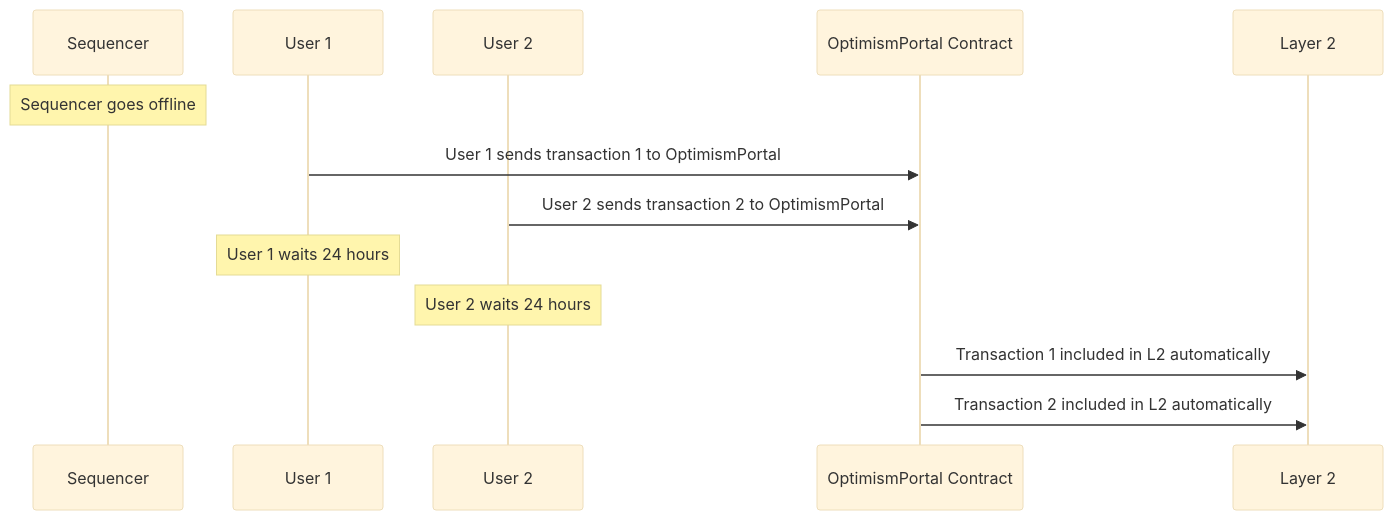
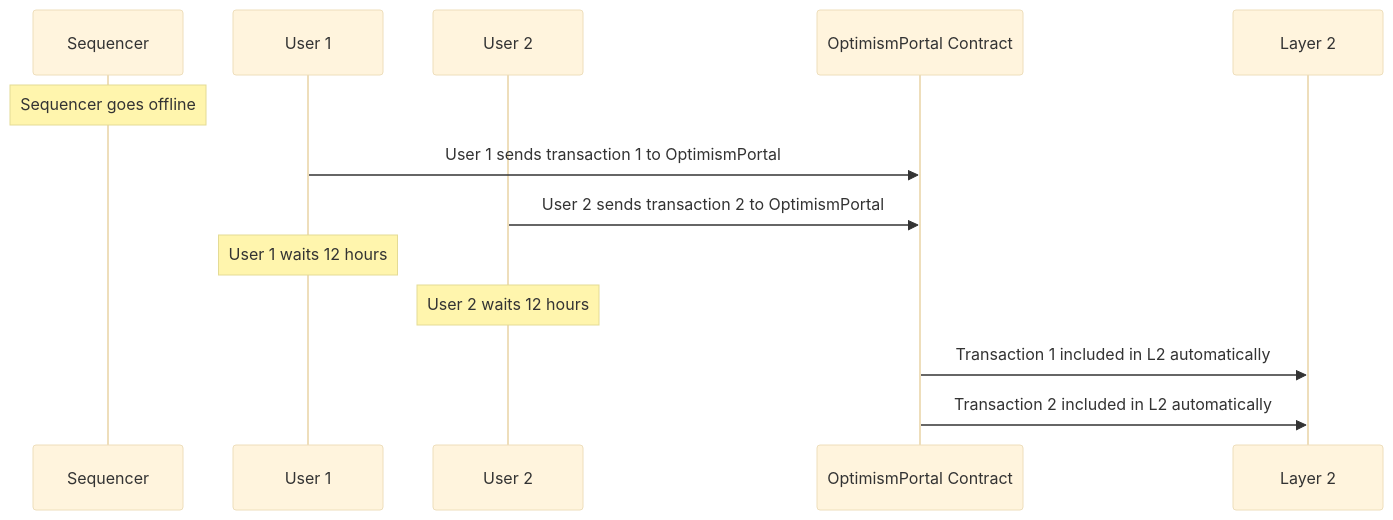
The first of 3 diagrams in pages/stack/rollup/outages.mdx (ethereum-optimism/docs), drawn with Mermaid (base theme) before and after one commit. The commit also changed other lines of this file, not shown here.

Commit message:
Update sequencer window time

````diff
--- a/pages/stack/rollup/outages.mdx
+++ b/pages/stack/rollup/outages.mdx
@@ -120,16 +120,16 @@
 ```mermaid
 sequenceDiagram
     participant S as Sequencer
     participant U1 as User 1
     participant U2 as User 2
     participant OP as OptimismPortal Contract
     participant L2 as Layer 2
 
     Note over S: Sequencer goes offline
     U1->>OP: User 1 sends transaction 1 to OptimismPortal
     U2->>OP: User 2 sends transaction 2 to OptimismPortal
-    Note over U1: User 1 waits 24 hours
-    Note over U2: User 2 waits 24 hours
+    Note over U1: User 1 waits 12 hours
+    Note over U2: User 2 waits 12 hours
     OP->>L2: Transaction 1 included in L2 automatically
     OP->>L2: Transaction 2 included in L2 automatically
 ```
````
